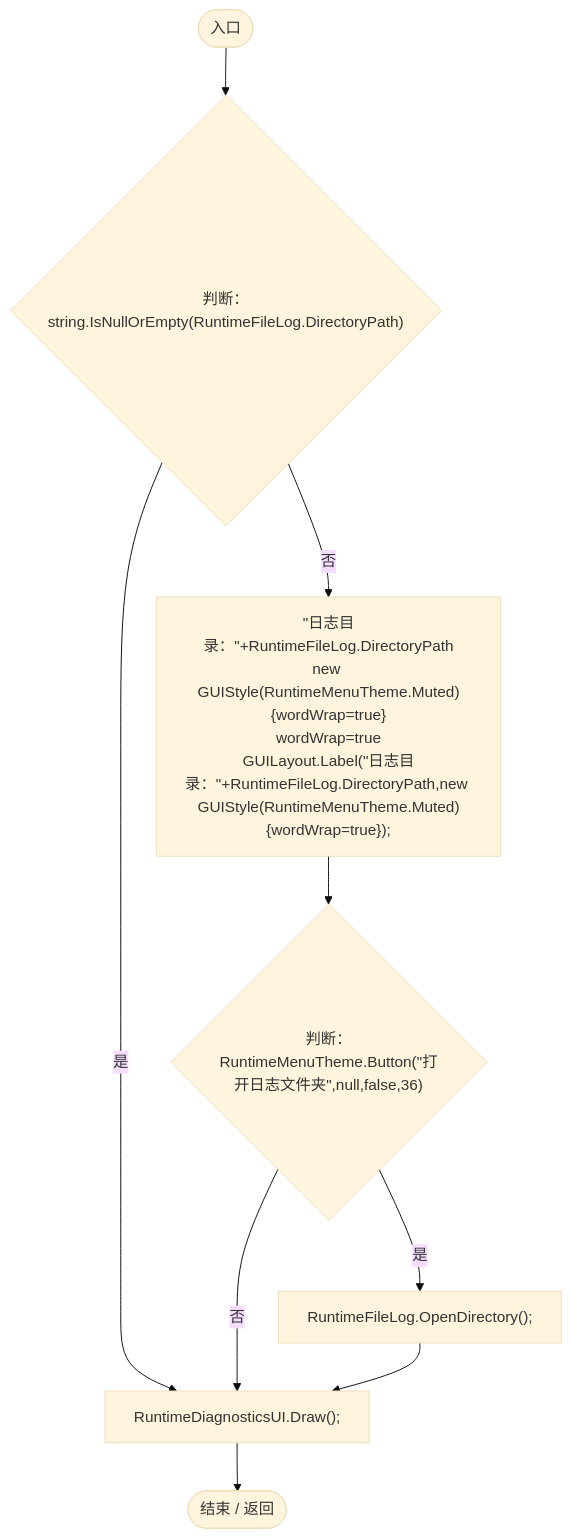
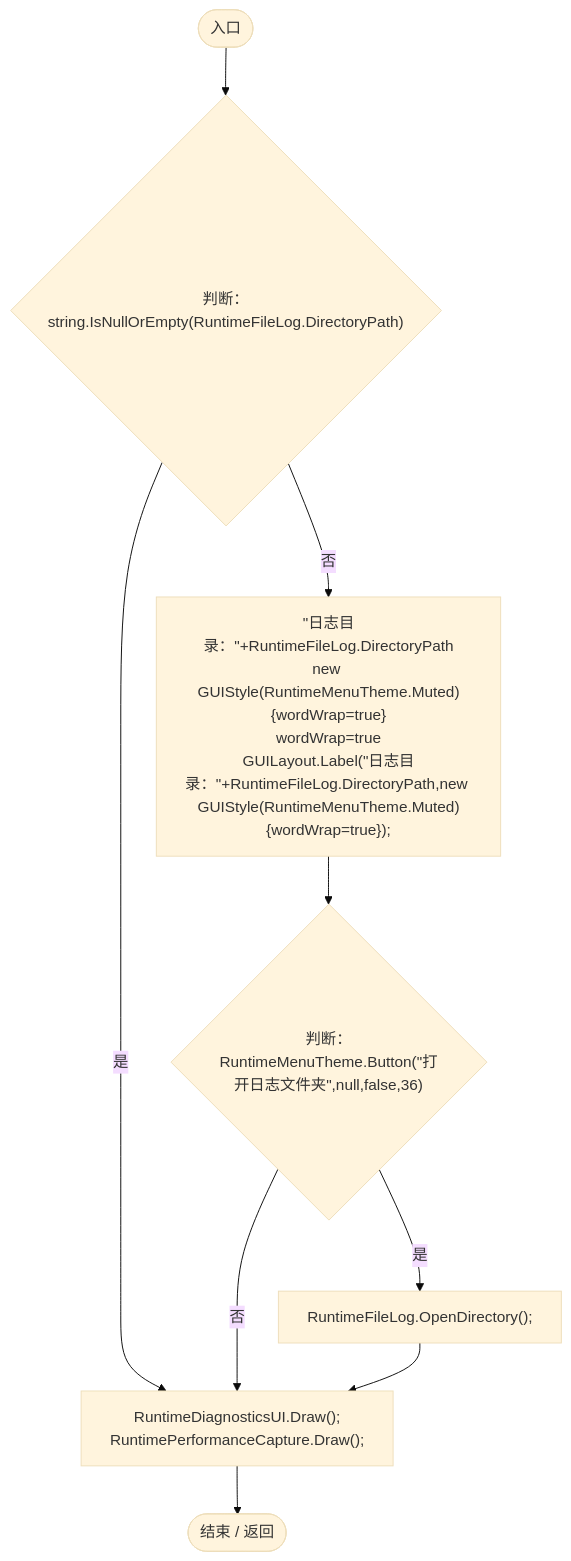
Diagram 30 of 36 in Docs/运行流程图/脚本/a1f1791f9e7a8035.md (xhs6666/Darwin_paradise), drawn with Mermaid (base theme) before and after one commit. The commit also changed other lines of this file and 184 other files, not shown here.

````diff
--- a/Docs/运行流程图/脚本/a1f1791f9e7a8035.md
+++ b/Docs/运行流程图/脚本/a1f1791f9e7a8035.md
@@ -1536,19 +1554,19 @@
 ```mermaid
 flowchart TD
   b0(["入口"])
   b1{"判断：string.IsNullOrEmpty(RuntimeFileLog.DirectoryPath)"}
   b2["&quot;日志目录：&quot;+RuntimeFileLog.DirectoryPath<br/>new GUIStyle(RuntimeMenuTheme.Muted){wordWrap=true}<br/>wordWrap=true<br/>GUILayout.Label(&quot;日志目录：&quot;+RuntimeFileLog.DirectoryPath,new GUIStyle(RuntimeMenuTheme.Muted){wordWrap=true});"]
   b3{"判断：RuntimeMenuTheme.Button(&quot;打开日志文件夹&quot;,null,false,36)"}
   b4["RuntimeFileLog.OpenDirectory();"]
-  b5["RuntimeDiagnosticsUI.Draw();"]
+  b5["RuntimeDiagnosticsUI.Draw();<br/>RuntimePerformanceCapture.Draw();"]
   b6(["结束 / 返回"])
   b0 --> b1
   b1 -->|"否"| b2
   b1 -->|"是"| b5
   b2 --> b3
   b3 -->|"是"| b4
   b3 -->|"否"| b5
   b4 --> b5
   b5 --> b6
 
 ```
````
